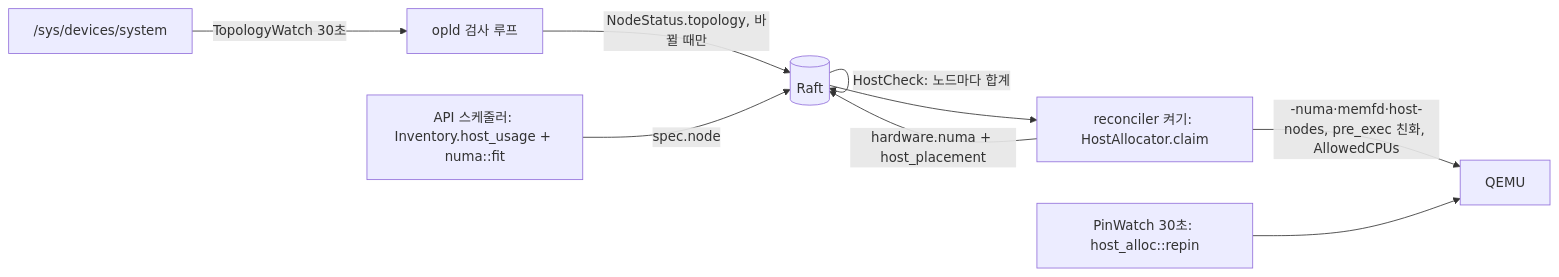
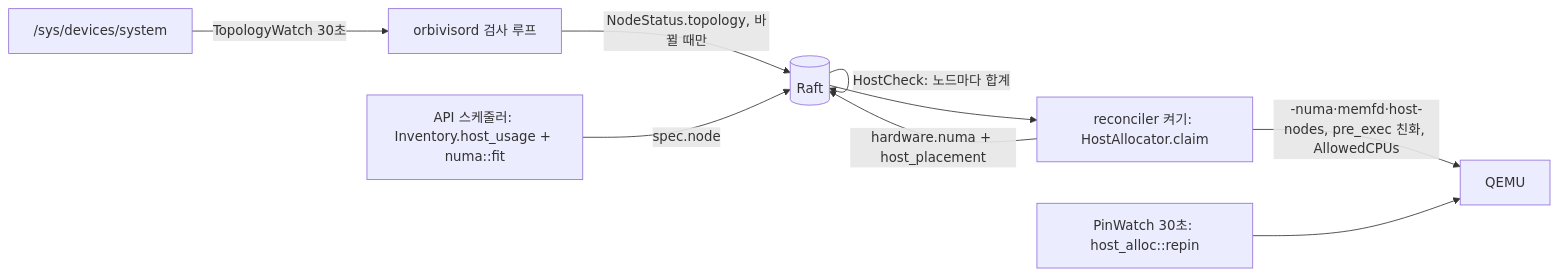
One commit to gaiger777/opLite changed diagram 12 of 16 in docs/architecture.md. Above: the diagram before and after it, drawn with Mermaid. The commit also changed other lines of this file and 19 other files, not shown here.

````diff
--- a/docs/architecture.md
+++ b/docs/architecture.md
@@ -1085,11 +1085,11 @@
 ```mermaid
 flowchart LR
-  S["/sys/devices/system"] -->|"TopologyWatch 30초"| N[opld 검사 루프]
+  S["/sys/devices/system"] -->|"TopologyWatch 30초"| N[orbivisord 검사 루프]
   N -->|"NodeStatus.topology, 바뀔 때만"| R[(Raft)]
   A["API 스케줄러: Inventory.host_usage + numa::fit"] -->|spec.node| R
   R -->|"HostCheck: 노드마다 합계"| R
   R --> W["reconciler 켜기: HostAllocator.claim"]
   W -->|"-numa·memfd·host-nodes, pre_exec 친화, AllowedCPUs"| Q[QEMU]
   W -->|"hardware.numa + host_placement"| R
   P["PinWatch 30초: host_alloc::repin"] --> Q
 ```
````
